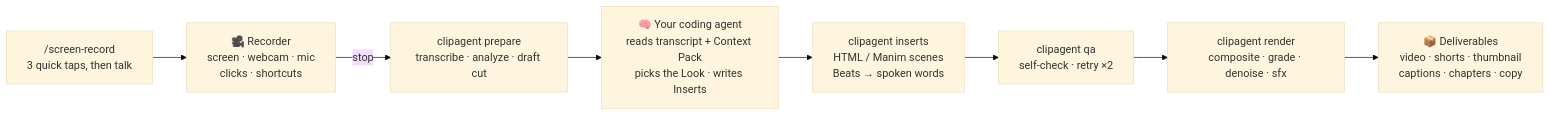
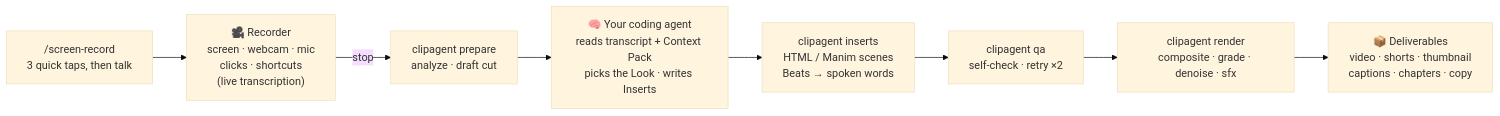
The diagram in README.md (truecallerabreham/Clipagent), drawn with Mermaid (base theme) before and after one commit. The commit also changed other lines of this file and 9 other files, not shown here.

````diff
--- a/README.md
+++ b/README.md
@@ -81,10 +82,10 @@
 ```mermaid
 flowchart LR
-    A["/screen-record<br/>3 quick taps, then talk"] --> B["🎥 Recorder<br/>screen · webcam · mic<br/>clicks · shortcuts"]
-    B -->|stop| C["clipagent prepare<br/>transcribe · analyze · draft cut"]
+    A["/screen-record<br/>3 quick taps, then talk"] --> B["🎥 Recorder<br/>screen · webcam · mic<br/>clicks · shortcuts<br/>(live transcription)"]
+    B -->|stop| C["clipagent prepare<br/>analyze · draft cut"]
     C --> D["🧠 Your coding agent<br/>reads transcript + Context Pack<br/>picks the Look · writes Inserts"]
     D --> E["clipagent inserts<br/>HTML / Manim scenes<br/>Beats → spoken words"]
     E --> F["clipagent qa<br/>self-check · retry ×2"]
     F --> G["clipagent render<br/>composite · grade · denoise · sfx"]
     G --> H["📦 Deliverables<br/>video · shorts · thumbnail<br/>captions · chapters · copy"]
 ```
````
